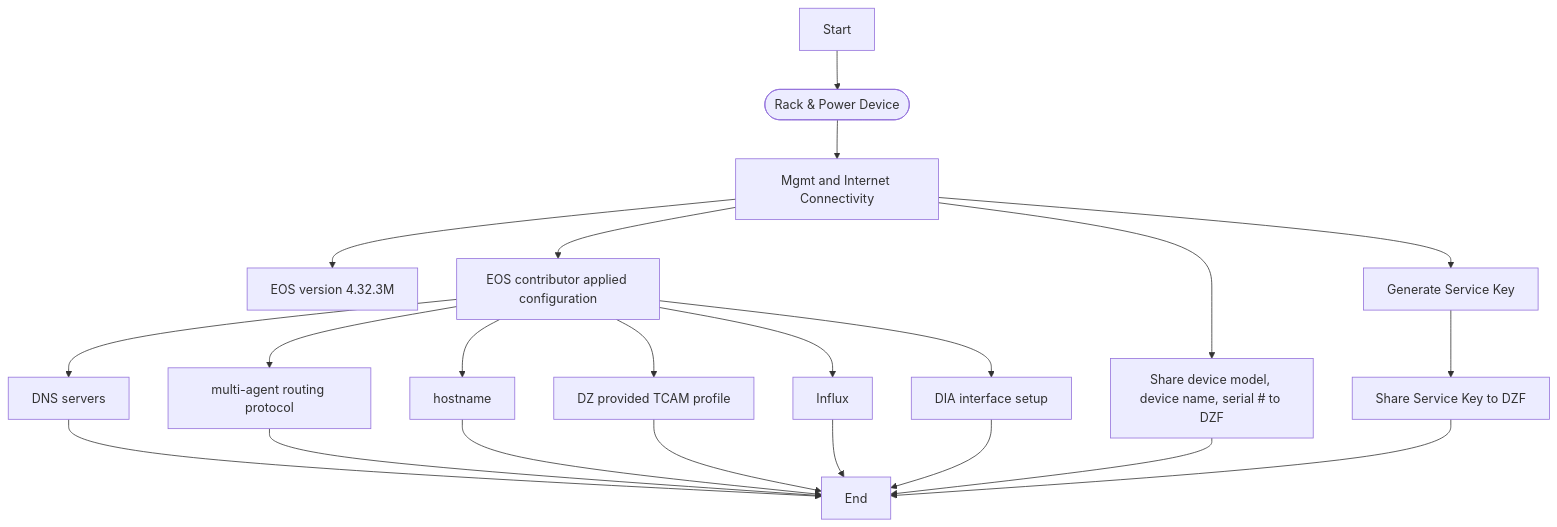
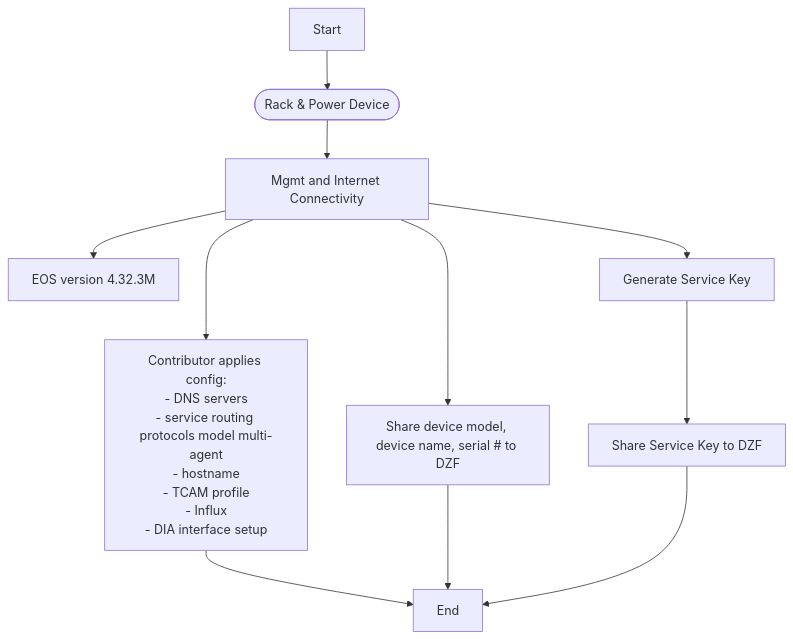
Before and after one commit to malbeclabs/doublezero: the first of 3 diagrams in rfcs/rfcX-network-provisioning.md, drawn with Mermaid. The commit also changed other lines of this file, not shown here.

````diff
--- a/rfcs/rfcX-network-provisioning.md
+++ b/rfcs/rfcX-network-provisioning.md
@@ -51,25 +45,14 @@
 ```mermaid
 %%{init: {"themeVariables": {"fontSize": "16px"}, "flowchart": {"curve": "basis", "htmlLabels": true}, "scale": 1.5}}%%
 flowchart TD
   Start --> A
   A([Rack & Power Device]) --> B[Mgmt and Internet Connectivity]
   B --> B1[EOS version 4.32.3M]
-  B --> B2[EOS contributor applied configuration]
-  B2 --> B2.1[DNS servers]
-  B2 --> B2.2[multi-agent routing protocol]
-  B2 --> B2.3[hostname]
-  B2 --> B2.4[DZ provided TCAM profile]
-  B2 --> B2.5[Influx]
-  B2 --> B2.6[DIA interface setup]
+  B --> B2[Contributor applies config:<br>- DNS servers<br>- service routing protocols model multi-agent<br>- hostname<br>- TCAM profile<br>- Influx<br>- DIA interface setup]
   B --> B10[Share device model, device name, serial # to DZF]
   B --> C[Generate Service Key]
   C --> C1[Share Service Key to DZF]
-  B2.1 --> End
-  B2.2 --> End
-  B2.3 --> End
-  B2.4 --> End
-  B2.5 --> End
-  B2.6 --> End
+  B2 --> End
   B10 --> End
   C1 --> End
 ```
````
